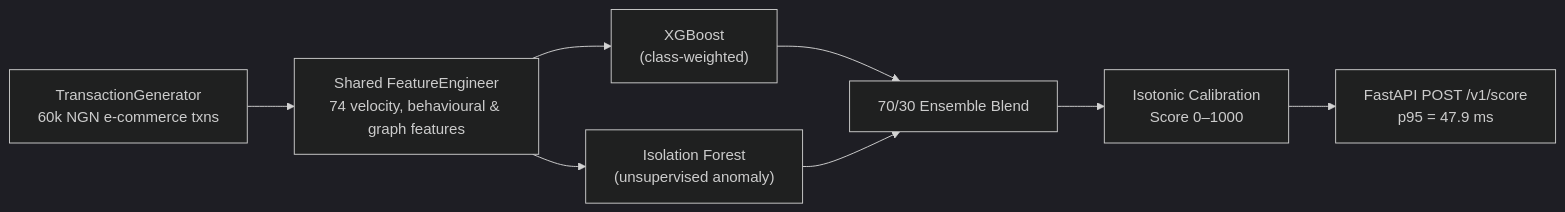
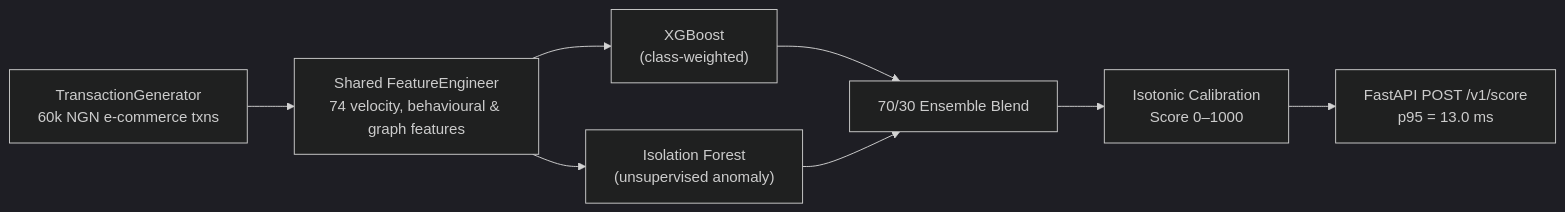
The diagram in products/moniguard/README.md (ikebude/ai-ml-data-engineering), drawn with Mermaid (dark theme) before and after one commit. The commit also changed other lines of this file and 2 other files, not shown here.

````diff
--- a/products/moniguard/README.md
+++ b/products/moniguard/README.md
@@ -31,10 +31,10 @@
 ```mermaid
 flowchart LR
     A["TransactionGenerator<br/>60k NGN e-commerce txns"] --> B["Shared FeatureEngineer<br/>74 velocity, behavioural & graph features"]
     B --> C1["XGBoost<br/>(class-weighted)"]
     B --> C2["Isolation Forest<br/>(unsupervised anomaly)"]
     C1 --> D["70/30 Ensemble Blend"]
     C2 --> D
     D --> E["Isotonic Calibration<br/>Score 0–1000"]
-    E --> F["FastAPI POST /v1/score<br/>p95 = 47.9 ms"]
+    E --> F["FastAPI POST /v1/score<br/>p95 = 13.0 ms"]
 ```
````
